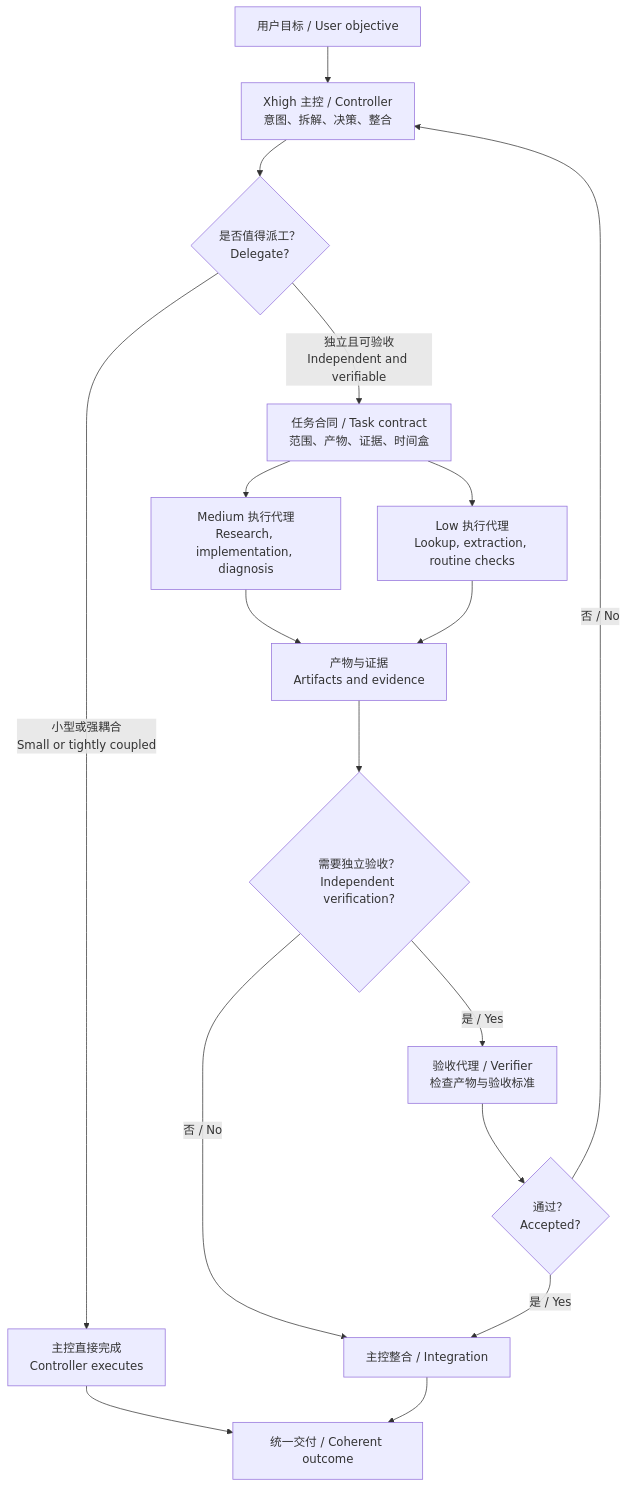
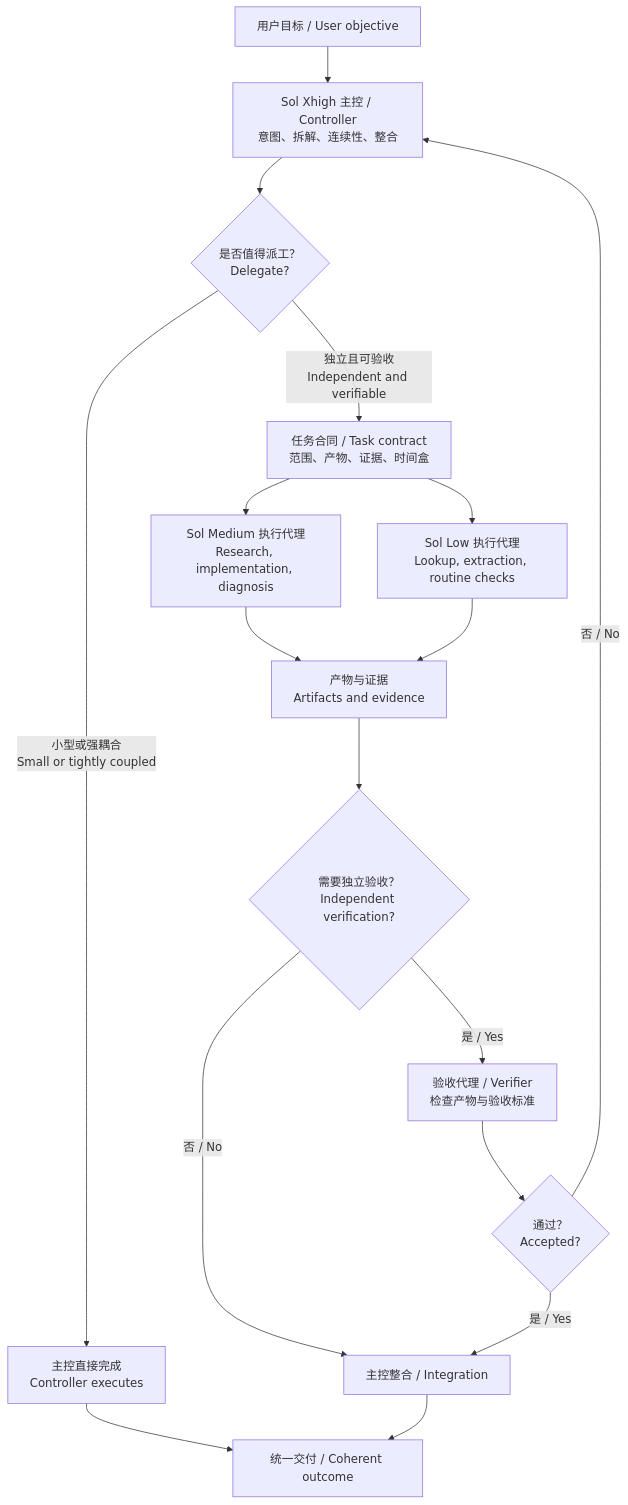
The diagram in README.md (Linsongrong/orchestrate-work), drawn with Mermaid before and after one commit. The commit also changed other lines of this file and 4 other files, not shown here.

````diff
--- a/README.md
+++ b/README.md
@@ -5,24 +5,24 @@
 ```mermaid
 flowchart TD
-    U["用户目标 / User objective"] --> C["Xhigh 主控 / Controller<br/>意图、拆解、决策、整合"]
+    U["用户目标 / User objective"] --> C["Sol Xhigh 主控 / Controller<br/>意图、拆解、连续性、整合"]
     C --> G{"是否值得派工？<br/>Delegate?"}
 
     G -->|"小型或强耦合<br/>Small or tightly coupled"| D["主控直接完成<br/>Controller executes"]
     G -->|"独立且可验收<br/>Independent and verifiable"| P["任务合同 / Task contract<br/>范围、产物、证据、时间盒"]
 
-    P --> M["Medium 执行代理<br/>Research, implementation, diagnosis"]
-    P --> L["Low 执行代理<br/>Lookup, extraction, routine checks"]
+    P --> M["Sol Medium 执行代理<br/>Research, implementation, diagnosis"]
+    P --> L["Sol Low 执行代理<br/>Lookup, extraction, routine checks"]
 
     M --> E["产物与证据<br/>Artifacts and evidence"]
     L --> E
     E --> V{"需要独立验收？<br/>Independent verification?"}
 
     V -->|"是 / Yes"| R["验收代理 / Verifier<br/>检查产物与验收标准"]
     V -->|"否 / No"| I["主控整合 / Integration"]
     R --> Q{"通过？<br/>Accepted?"}
     Q -->|"否 / No"| C
     Q -->|"是 / Yes"| I
 
     D --> O["统一交付 / Coherent outcome"]
     I --> O
 ```
````
